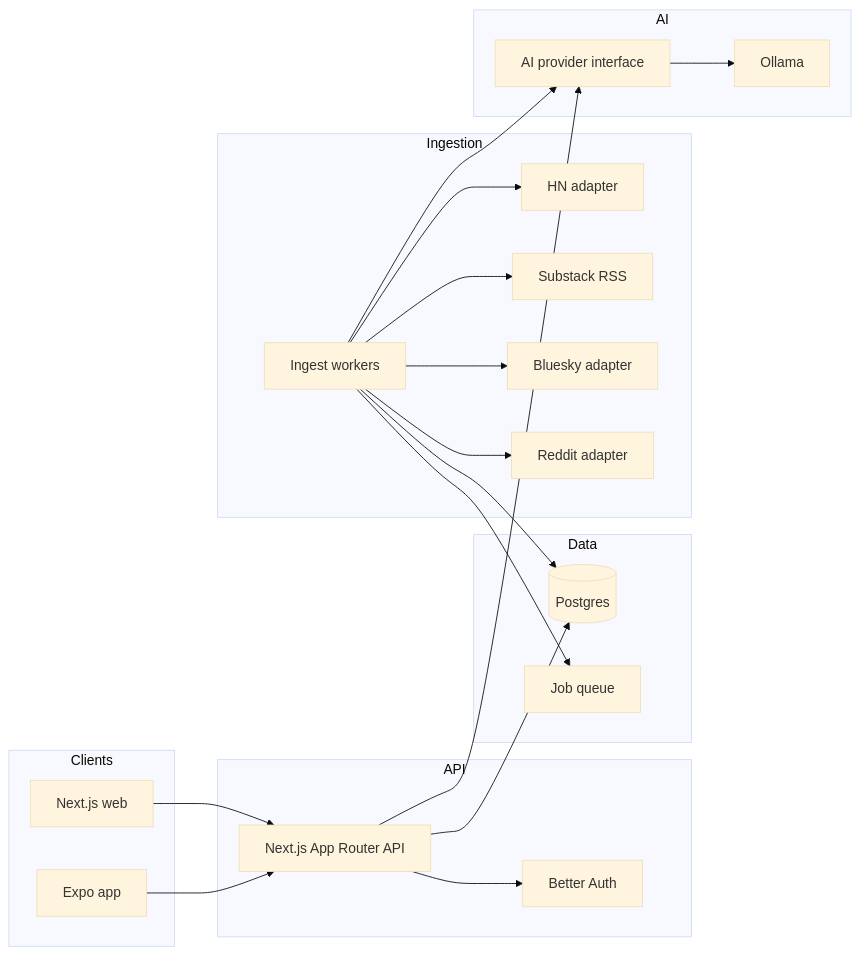
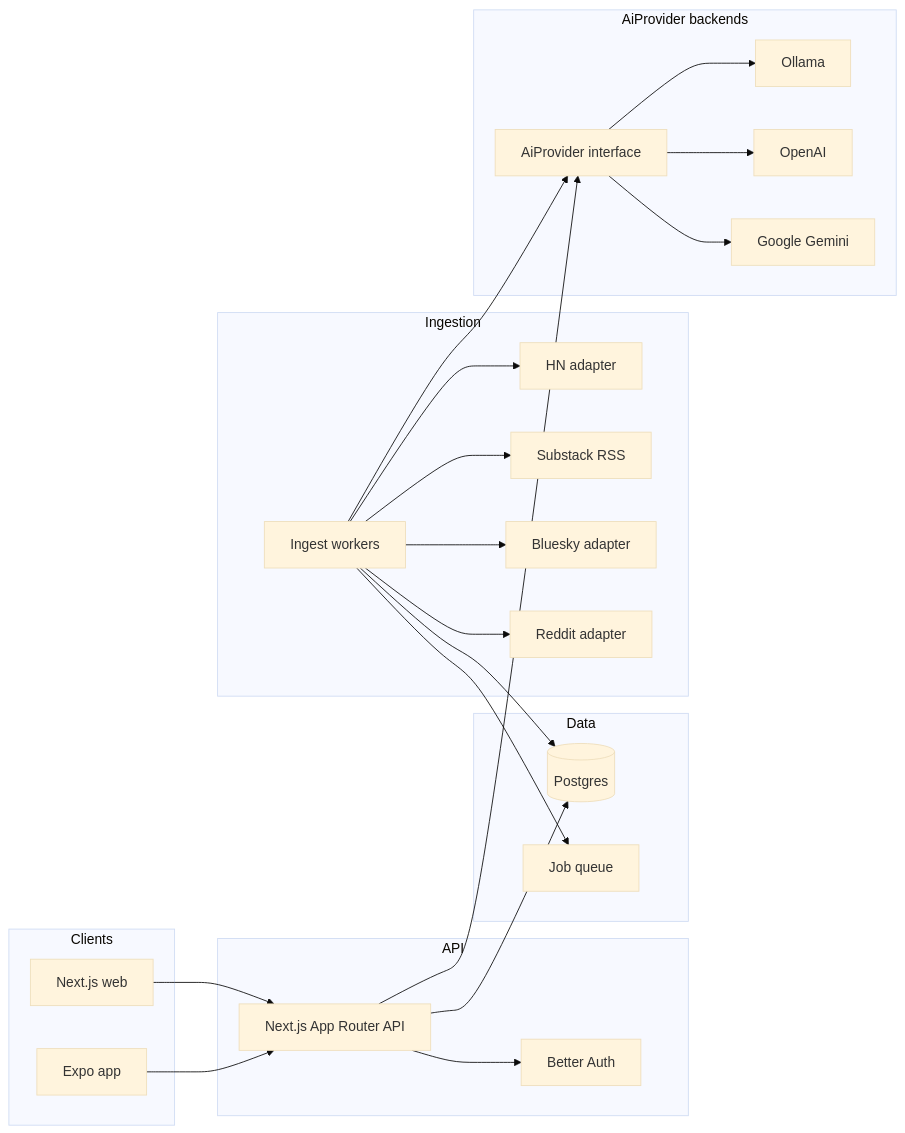
Before and after one commit to SpektrNO/newsroom: the diagram in docs/architecture.md, drawn with Mermaid (base theme). The commit also changed other lines of this file and 1 other file, not shown here.

First line of the commit message:
Clarify Newsroom as an aggregator of aggregators and AiProvider backends.

````diff
--- a/docs/architecture.md
+++ b/docs/architecture.md
@@ -14,39 +14,43 @@
 ```mermaid
 flowchart LR
   subgraph clients [Clients]
     Web[Next.js web]
     Mobile[Expo app]
   end
   subgraph api [API]
     BFF[Next.js App Router API]
     Auth[Better Auth]
   end
   subgraph data [Data]
     DB[(Postgres)]
     Queue[Job queue]
   end
   subgraph ingest [Ingestion]
     Workers[Ingest workers]
     HN[HN adapter]
     SS[Substack RSS]
     BS[Bluesky adapter]
     RD[Reddit adapter]
   end
-  subgraph ai [AI]
-    Provider[AI provider interface]
+  subgraph ai [AiProvider backends]
+    Provider[AiProvider interface]
     Ollama[Ollama]
+    OpenAI[OpenAI]
+    Google[Google Gemini]
   end
   Web --> BFF
   Mobile --> BFF
   BFF --> Auth
   BFF --> DB
   Workers --> Queue
   Workers --> HN
   Workers --> SS
   Workers --> BS
   Workers --> RD
   Workers --> DB
   Workers --> Provider
+  BFF --> Provider
   Provider --> Ollama
-  BFF --> Provider
+  Provider --> OpenAI
+  Provider --> Google
 ```
````
